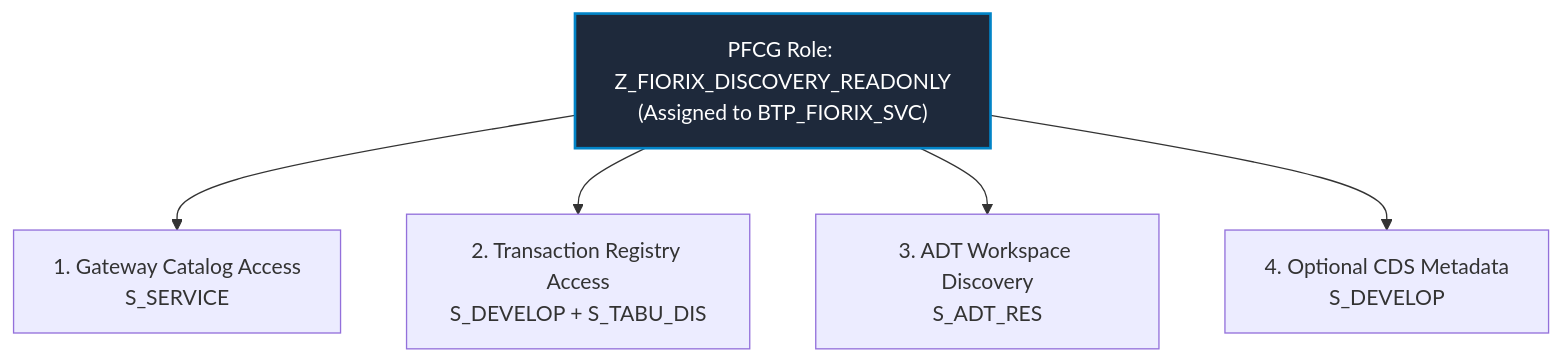
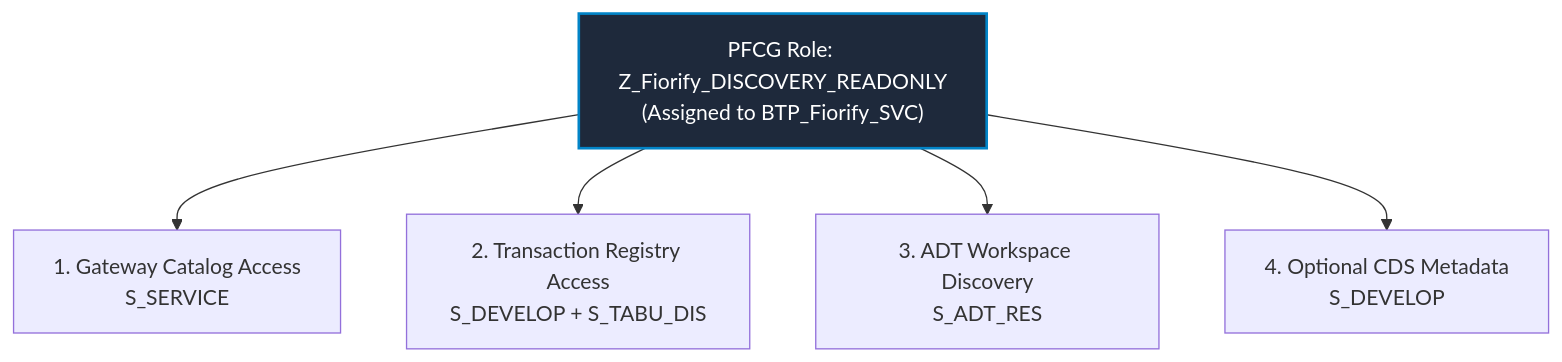
One commit to samarth092005/Firorix changed the diagram in docs/foundation/S3_LEAST_PRIVILEGE_BASIS_MATRIX.md. Above: the diagram before and after it, drawn with Mermaid. The commit also changed other lines of this file and 395 other files, not shown here.

````diff
--- a/docs/foundation/S3_LEAST_PRIVILEGE_BASIS_MATRIX.md
+++ b/docs/foundation/S3_LEAST_PRIVILEGE_BASIS_MATRIX.md
@@ -43,10 +43,10 @@
 ```mermaid
 flowchart TD
-    Role["PFCG Role: Z_FIORIX_DISCOVERY_READONLY<br>(Assigned to BTP_FIORIX_SVC)"]
+    Role["PFCG Role: Z_Fiorify_DISCOVERY_READONLY<br>(Assigned to BTP_Fiorify_SVC)"]
     Role --> Cat["1. Gateway Catalog Access<br>S_SERVICE"]
     Role --> Tx["2. Transaction Registry Access<br>S_DEVELOP + S_TABU_DIS"]
     Role --> Adt["3. ADT Workspace Discovery<br>S_ADT_RES"]
     Role --> Cds["4. Optional CDS Metadata<br>S_DEVELOP"]
     
     style Role fill:#1e293b,stroke:#0284c7,stroke-width:2px,color:#fff
 ```
````
